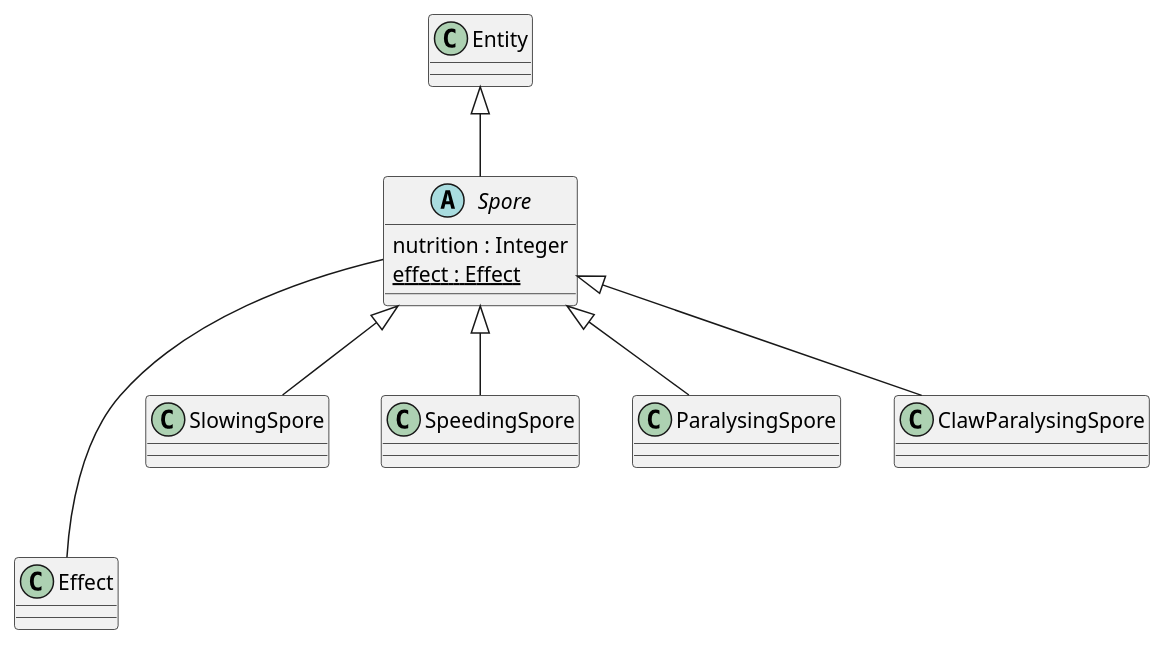
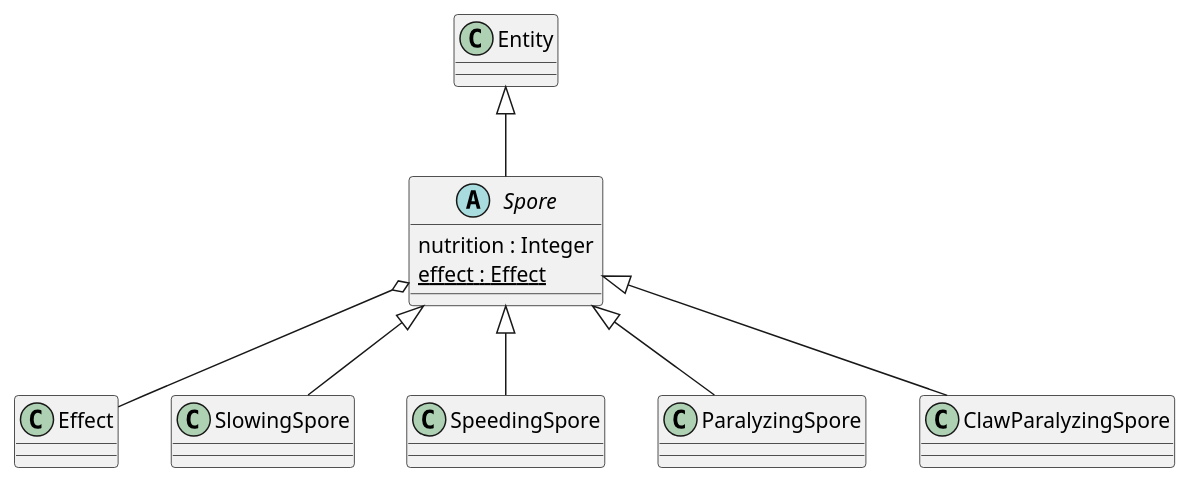
Before and after one commit to Petya-G/fungorium: the diagram in 3/classes/spore.puml, drawn with PlantUML. The commit also changed 3 other files, not shown here.

```diff
--- a/3/classes/spore.puml
+++ b/3/classes/spore.puml
@@ -1,26 +1,26 @@
 @startuml spore
 
 Entity <|-- Spore
-Spore --- Effect
+Spore o-- Effect
 
 abstract class Spore{
     nutrition : Integer
     {static} effect : Effect
 }
 
 Spore <|--SlowingSpore
 class SlowingSpore{
 }
 
 Spore <|--SpeedingSpore
 class SpeedingSpore{
 }
 
-Spore <|--ParalysingSpore
-class ParalysingSpore{
+Spore <|--ParalyzingSpore
+class ParalyzingSpore{
 }
 
-Spore <|--ClawParalysingSpore
-class ClawParalysingSpore{
+Spore <|--ClawParalyzingSpore
+class ClawParalyzingSpore{
 }
 @enduml	
```
